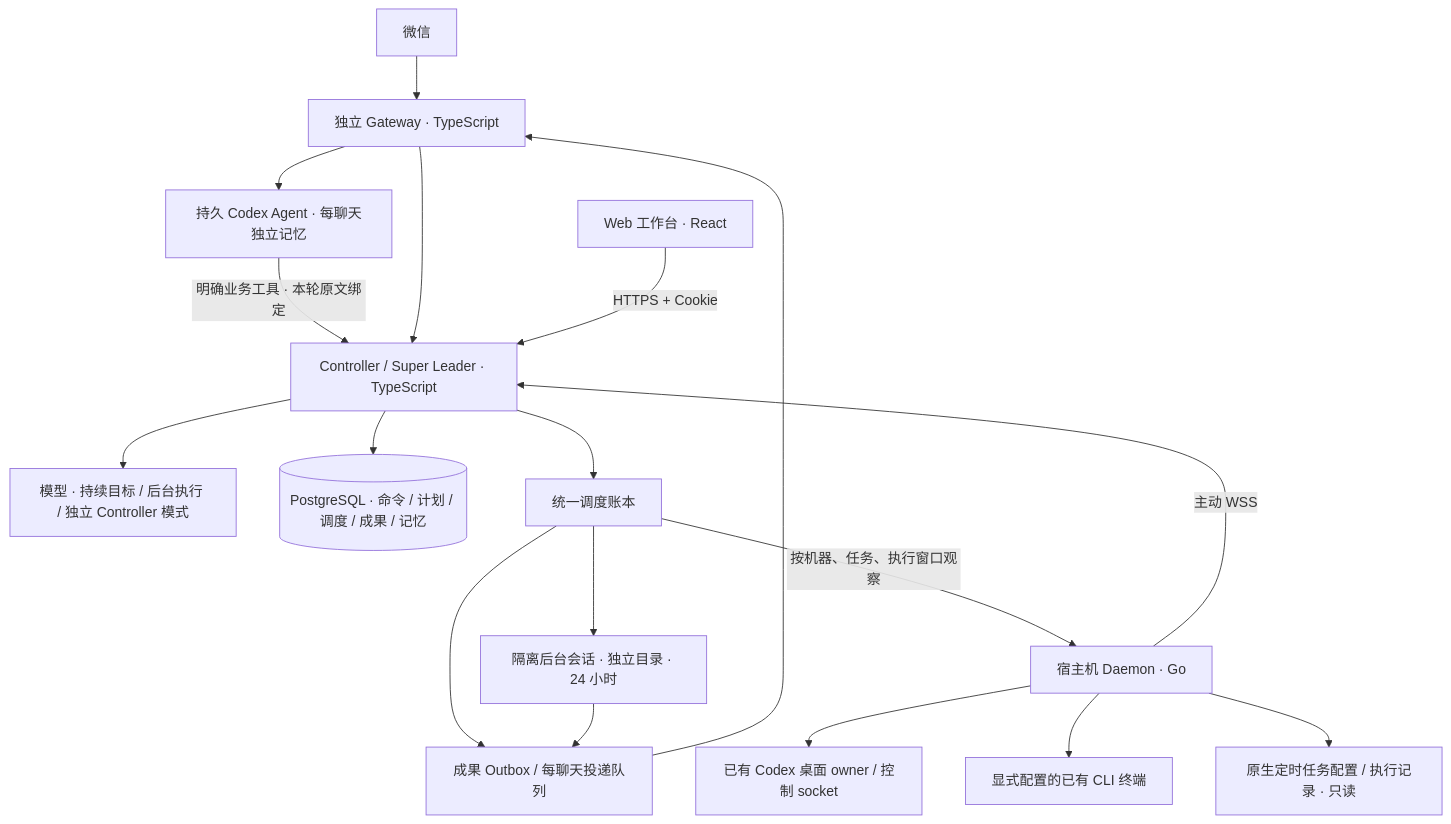
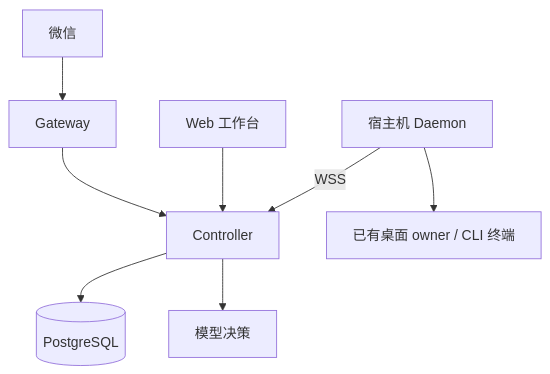
The diagram in README.md (TaoSama/wechat-super-leader-bot), drawn with Mermaid before and after one commit. The commit also changed other lines of this file, not shown here.

````diff
--- a/README.md
+++ b/README.md
@@ -8,20 +7,10 @@
 ```mermaid
 flowchart TB
-  WX["微信"] --> GW["独立 Gateway · TypeScript"]
-  GW --> CA["持久 Codex Agent · 每聊天独立记忆"]
-  CA -->|明确业务工具 · 本轮原文绑定| C
-  GW --> C["Controller / Super Leader · TypeScript"]
-  W["Web 工作台 · React"] -->|HTTPS + Cookie| C
-  C --> M["模型 · 持续目标 / 后台执行 / 独立 Controller 模式"]
-  C --> PG[("PostgreSQL · 命令 / 计划 / 调度 / 成果 / 记忆")]
-  C --> A["统一调度账本"]
-  A --> B["隔离后台会话 · 独立目录 · 24 小时"]
-  A --> Q["成果 Outbox / 每聊天投递队列"]
-  B --> Q
-  Q --> GW
-  D["宿主机 Daemon · Go"] -->|主动 WSS| C
-  D --> O["已有 Codex 桌面 owner / 控制 socket"]
-  D --> T["显式配置的已有 CLI 终端"]
-  D --> R["原生定时任务配置 / 执行记录 · 只读"]
-  A -->|按机器、任务、执行窗口观察| D
+  WX[微信] --> GW[Gateway]
+  GW --> C[Controller]
+  C --> PG[(PostgreSQL)]
+  W[Web 工作台] --> C
+  D[宿主机 Daemon] -->|WSS| C
+  D --> O[已有桌面 owner / CLI 终端]
+  C --> M[模型决策]
 ```
````
